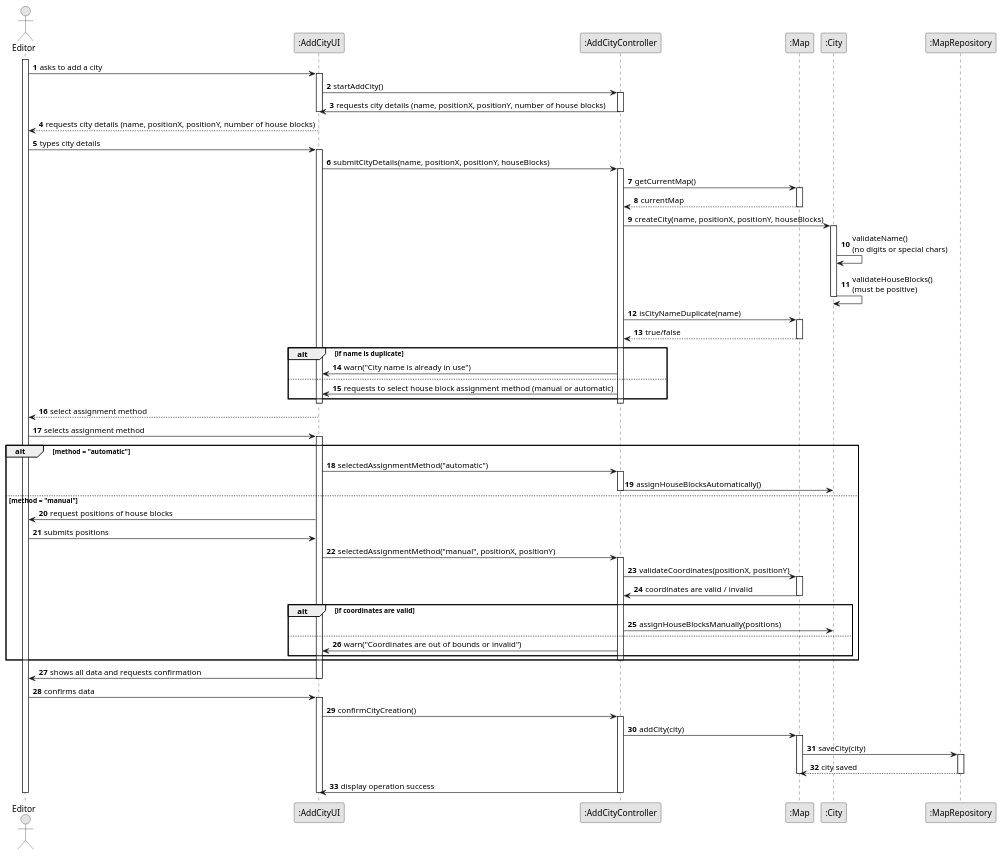
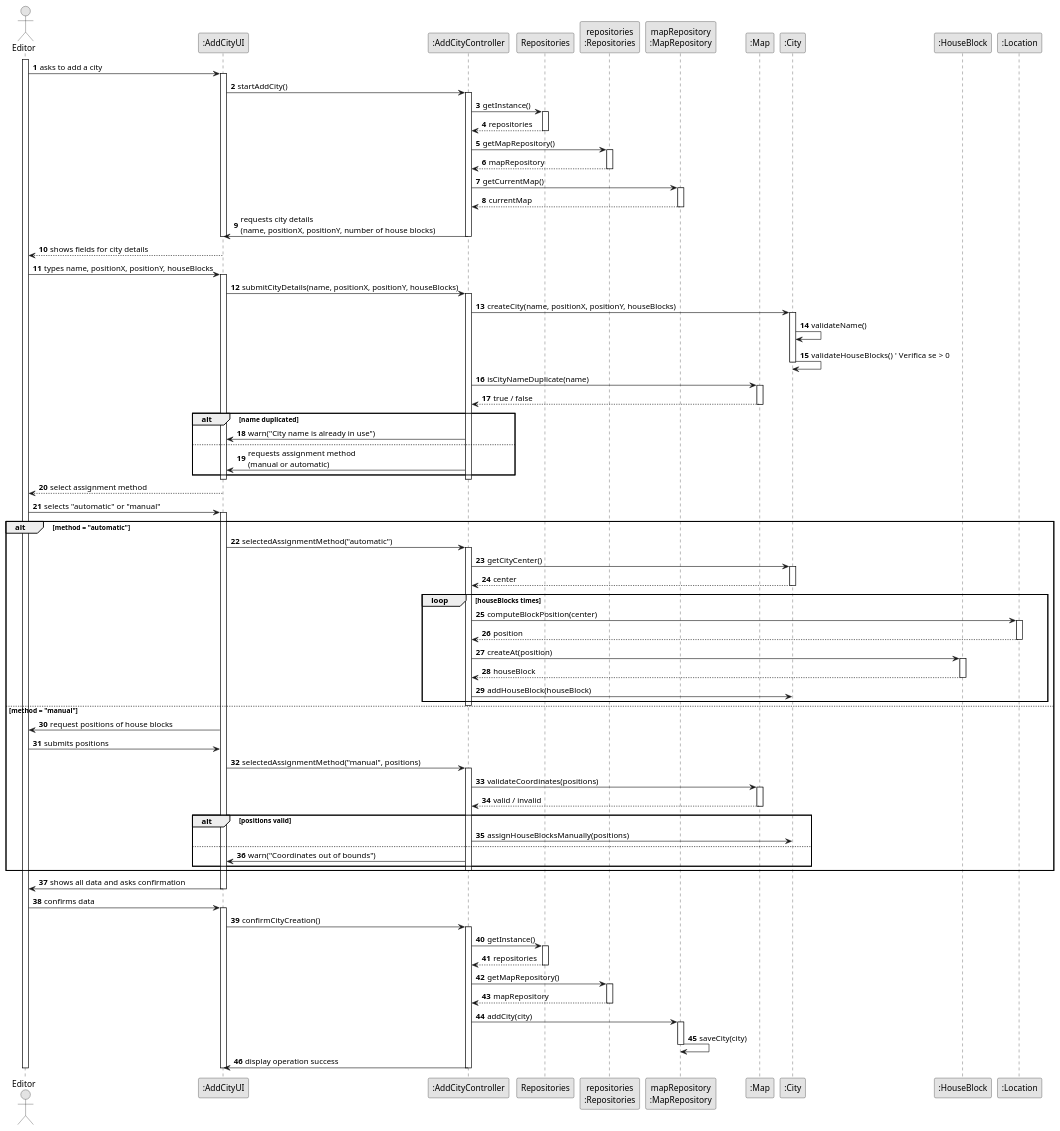
One commit to 1240826/empire-on-tracks changed the diagram in docs/system-documentation/US003/03.design/puml/US003-SD-full.puml. Above: the diagram before and after it, drawn with PlantUML. The commit also changed 1 other file, not shown here.

```diff
--- a/docs/system-documentation/US003/03.design/puml/US003-SD-full.puml
+++ b/docs/system-documentation/US003/03.design/puml/US003-SD-full.puml
@@ -1,113 +1,148 @@
 @startuml
 skinparam monochrome true
 skinparam packageStyle rectangle
 skinparam shadowing false
 
 autonumber
 
 actor "Editor" as Editor
-participant ":AddCityUI" as UI
-participant ":AddCityController" as Controller
-participant ":Map" as Map
-participant ":City" as City
-participant ":MapRepository" as Repository
+participant ":AddCityUI"            as UI
+participant ":AddCityController"    as Controller
+participant "Repositories"          as REPOS
+participant "repositories\n:Repositories" as REPOS_SINGLETON
+participant "mapRepository\n:MapRepository" as MAP_REPO
+participant ":Map"                  as Map
+participant ":City"                 as City
+participant ":HouseBlock"           as HouseBlock
+participant ":Location"             as Location
 
 activate Editor
 
-    Editor -> UI : asks to add a city
-    activate UI
+Editor -> UI : asks to add a city
+activate UI
 
-        UI -> Controller : startAddCity()
+    UI -> Controller : startAddCity()
+    activate Controller
+
+        Controller -> REPOS : getInstance()
+        activate REPOS
+            REPOS --> Controller : repositories
+        deactivate REPOS
+
+        Controller -> REPOS_SINGLETON : getMapRepository()
+        activate REPOS_SINGLETON
+            REPOS_SINGLETON --> Controller : mapRepository
+        deactivate REPOS_SINGLETON
+
+        Controller -> MAP_REPO : getCurrentMap()
+        activate MAP_REPO
+            MAP_REPO --> Controller : currentMap
+        deactivate MAP_REPO
+
+        Controller -> UI : requests city details\n(name, positionX, positionY, number of house blocks)
+    deactivate Controller
+deactivate UI
+
+UI --> Editor : shows fields for city details
+Editor -> UI : types name, positionX, positionY, houseBlocks
+activate UI
+
+    UI -> Controller : submitCityDetails(name, positionX, positionY, houseBlocks)
+    activate Controller
+
+        Controller -> City : createCity(name, positionX, positionY, houseBlocks)
+        activate City
+            City -> City : validateName()
+            City -> City : validateHouseBlocks()  ' Verifica se > 0
+        deactivate City
+
+        Controller -> Map : isCityNameDuplicate(name)
+        activate Map
+            Map --> Controller : true / false
+        deactivate Map
+
+        alt name duplicated
+            Controller -> UI : warn("City name is already in use")
+        else
+            Controller -> UI : requests assignment method\n(manual or automatic)
+        end
+    deactivate Controller
+deactivate UI
+
+UI --> Editor : select assignment method
+Editor -> UI : selects "automatic" or "manual"
+activate UI
+
+    alt method = "automatic"
+        UI -> Controller : selectedAssignmentMethod("automatic")
         activate Controller
 
-            Controller -> UI : requests city details (name, positionX, positionY, number of house blocks)
+            Controller -> City : getCityCenter()
+            activate City
+                City --> Controller : center
+            deactivate City
+
+            loop houseBlocks times
+                Controller -> Location : computeBlockPosition(center)
+                activate Location
+                    Location --> Controller : position
+                deactivate Location
+
+                Controller -> HouseBlock : createAt(position)
+                activate HouseBlock
+                    HouseBlock --> Controller : houseBlock
+                deactivate HouseBlock
+
+                Controller -> City : addHouseBlock(houseBlock)
+            end
         deactivate Controller
-    deactivate UI
 
-    UI --> Editor : requests city details (name, positionX, positionY, number of house blocks)
-    Editor -> UI : types city details
-    activate UI
-
-        UI -> Controller : submitCityDetails(name, positionX, positionY, houseBlocks)
+    else method = "manual"
+        UI -> Editor : request positions of house blocks
+        Editor -> UI : submits positions
+        UI -> Controller : selectedAssignmentMethod("manual", positions)
         activate Controller
 
-            Controller -> Map : getCurrentMap()
+            Controller -> Map : validateCoordinates(positions)
             activate Map
-                Map --> Controller : currentMap
+                Map --> Controller : valid / invalid
             deactivate Map
 
-            Controller -> City : createCity(name, positionX, positionY, houseBlocks)
-            activate City
-
-                City -> City : validateName() \n(no digits or special chars)
-                City -> City : validateHouseBlocks() \n(must be positive)
-
-            deactivate City
-
-            Controller -> Map : isCityNameDuplicate(name)
-            activate Map
-                Map --> Controller : true/false
-            deactivate Map
-
-            alt if name is duplicate
-                Controller -> UI : warn("City name is already in use")
+            alt positions valid
+                Controller -> City : assignHouseBlocksManually(positions)
             else
-                Controller -> UI : requests to select house block assignment method (manual or automatic)
+                Controller -> UI : warn("Coordinates out of bounds")
             end
         deactivate Controller
-    deactivate UI
+    end
 
-    UI --> Editor : select assignment method
-    Editor -> UI : selects assignment method
-    activate UI
+    UI -> Editor : shows all data and asks confirmation
+deactivate UI
 
-        alt method = "automatic"
-            UI -> Controller : selectedAssignmentMethod("automatic")
-            activate Controller
-                Controller -> City : assignHouseBlocksAutomatically()
-            deactivate Controller
+Editor -> UI : confirms data
+activate UI
 
-        else method = "manual"
-            UI -> Editor : request positions of house blocks
-            Editor -> UI : submits positions
-            UI -> Controller : selectedAssignmentMethod("manual", positionX, positionY)
-            activate Controller
+    UI -> Controller : confirmCityCreation()
+    activate Controller
 
-                Controller -> Map : validateCoordinates(positionX, positionY)
-                activate Map
-                    Map -> Controller : coordinates are valid / invalid
-                deactivate Map
+        Controller -> REPOS : getInstance()
+        activate REPOS
+            REPOS --> Controller : repositories
+        deactivate REPOS
 
-                alt if coordinates are valid
-                    Controller -> City : assignHouseBlocksManually(positions)
-                else
-                    Controller -> UI : warn("Coordinates are out of bounds or invalid")
-                end
-            deactivate Controller
-        end
+        Controller -> REPOS_SINGLETON : getMapRepository()
+        activate REPOS_SINGLETON
+            REPOS_SINGLETON --> Controller : mapRepository
+        deactivate REPOS_SINGLETON
 
-        UI -> Editor : shows all data and requests confirmation
-    deactivate UI
+        Controller -> MAP_REPO : addCity(city)
+        activate MAP_REPO
+            MAP_REPO -> MAP_REPO : saveCity(city)
+        deactivate MAP_REPO
 
-    Editor -> UI : confirms data
-    activate UI
-
-        UI -> Controller : confirmCityCreation()
-        activate Controller
-
-            Controller -> Map : addCity(city)
-            activate Map
-
-                Map -> Repository : saveCity(city)
-                activate Repository
-                    Repository --> Map : city saved
-                deactivate Repository
-
-            deactivate Map
-
-            Controller -> UI : display operation success
-        deactivate Controller
-    deactivate UI
+        Controller -> UI : display operation success
+    deactivate Controller
+deactivate UI
 
 deactivate Editor
 @enduml
```
